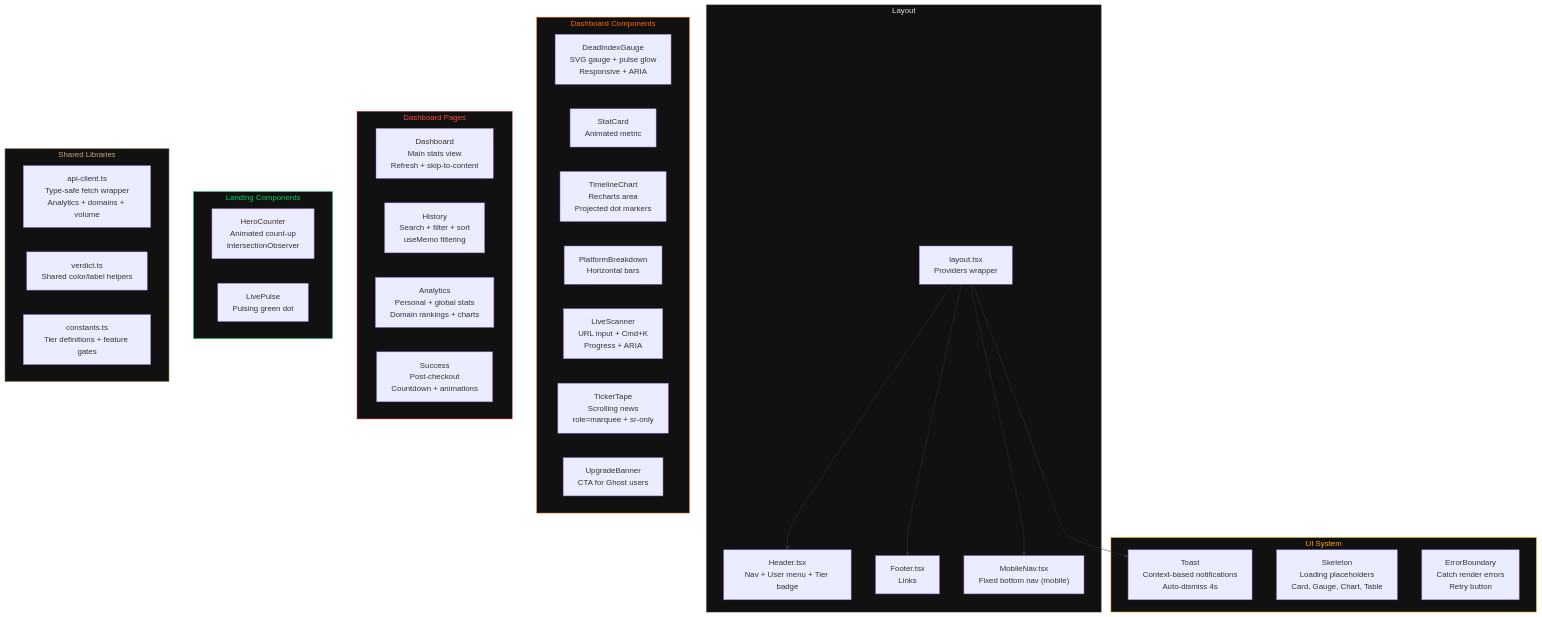
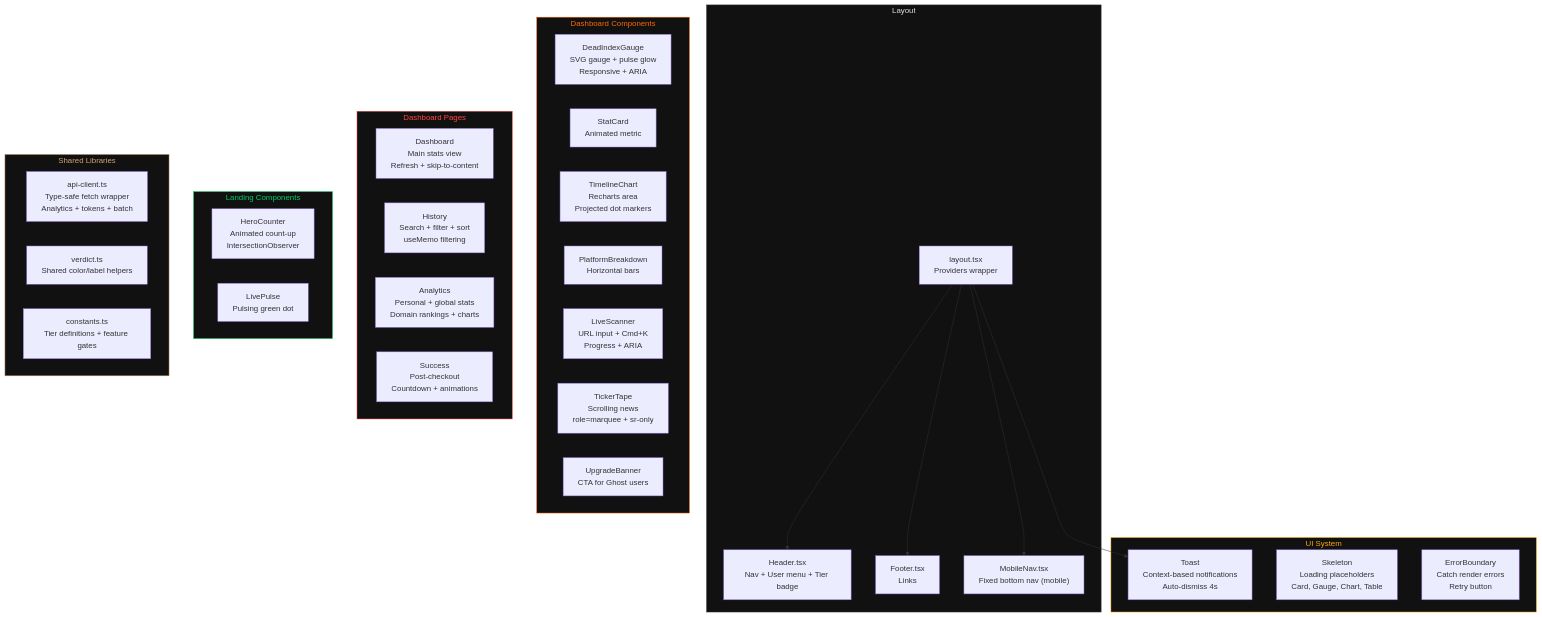
One commit to nabz0r/deadinternet.report changed the ninth of 10 diagrams in docs/ARCHITECTURE.md. Above: the diagram before and after it, drawn with Mermaid. The commit also changed other lines of this file and 4 other files, not shown here.

First line of the commit message:
Update all documentation for API tokens and bulk scanning

````diff
--- a/docs/ARCHITECTURE.md
+++ b/docs/ARCHITECTURE.md
@@ -431,55 +449,55 @@
 ```mermaid
 graph TB
     subgraph Layout["Layout"]
         RootLayout["layout.tsx<br/>Providers wrapper"]
         Header["Header.tsx<br/>Nav + User menu + Tier badge"]
         Footer["Footer.tsx<br/>Links"]
         MobileNav["MobileNav.tsx<br/>Fixed bottom nav (mobile)"]
     end
 
     subgraph Dashboard["Dashboard Components"]
         Gauge["DeadIndexGauge<br/>SVG gauge + pulse glow<br/>Responsive + ARIA"]
         StatCard["StatCard<br/>Animated metric"]
         Timeline["TimelineChart<br/>Recharts area<br/>Projected dot markers"]
         Platform["PlatformBreakdown<br/>Horizontal bars"]
         LiveScan["LiveScanner<br/>URL input + Cmd+K<br/>Progress + ARIA"]
         Ticker["TickerTape<br/>Scrolling news<br/>role=marquee + sr-only"]
         Upgrade["UpgradeBanner<br/>CTA for Ghost users"]
     end
 
     subgraph Pages["Dashboard Pages"]
         DashPage["Dashboard<br/>Main stats view<br/>Refresh + skip-to-content"]
         HistoryPage["History<br/>Search + filter + sort<br/>useMemo filtering"]
         AnalyticsPage["Analytics<br/>Personal + global stats<br/>Domain rankings + charts"]
         SuccessPage["Success<br/>Post-checkout<br/>Countdown + animations"]
     end
 
     subgraph Landing["Landing Components"]
         HeroCounter["HeroCounter<br/>Animated count-up<br/>IntersectionObserver"]
         LivePulse["LivePulse<br/>Pulsing green dot"]
     end
 
     subgraph UI["UI System"]
         Toast["Toast<br/>Context-based notifications<br/>Auto-dismiss 4s"]
         Skeleton["Skeleton<br/>Loading placeholders<br/>Card, Gauge, Chart, Table"]
         ErrorBound["ErrorBoundary<br/>Catch render errors<br/>Retry button"]
     end
 
     subgraph Lib["Shared Libraries"]
-        APIClient["api-client.ts<br/>Type-safe fetch wrapper<br/>Analytics + domains + volume"]
+        APIClient["api-client.ts<br/>Type-safe fetch wrapper<br/>Analytics + tokens + batch"]
         Verdict["verdict.ts<br/>Shared color/label helpers"]
         Constants["constants.ts<br/>Tier definitions + feature gates"]
     end
 
     RootLayout --> Header
     RootLayout --> Footer
     RootLayout --> MobileNav
     RootLayout --> Toast
 
     style Layout fill:#111,color:#e0e0e0,stroke:#333
     style Dashboard fill:#111,color:#ff6600,stroke:#ff6600
     style Pages fill:#111,color:#ff4444,stroke:#ff4444
     style Landing fill:#111,color:#00cc66,stroke:#00cc66
     style UI fill:#111,color:#ffaa00,stroke:#ffaa00
     style Lib fill:#111,color:#d4a574,stroke:#d4a574
 ```
````
